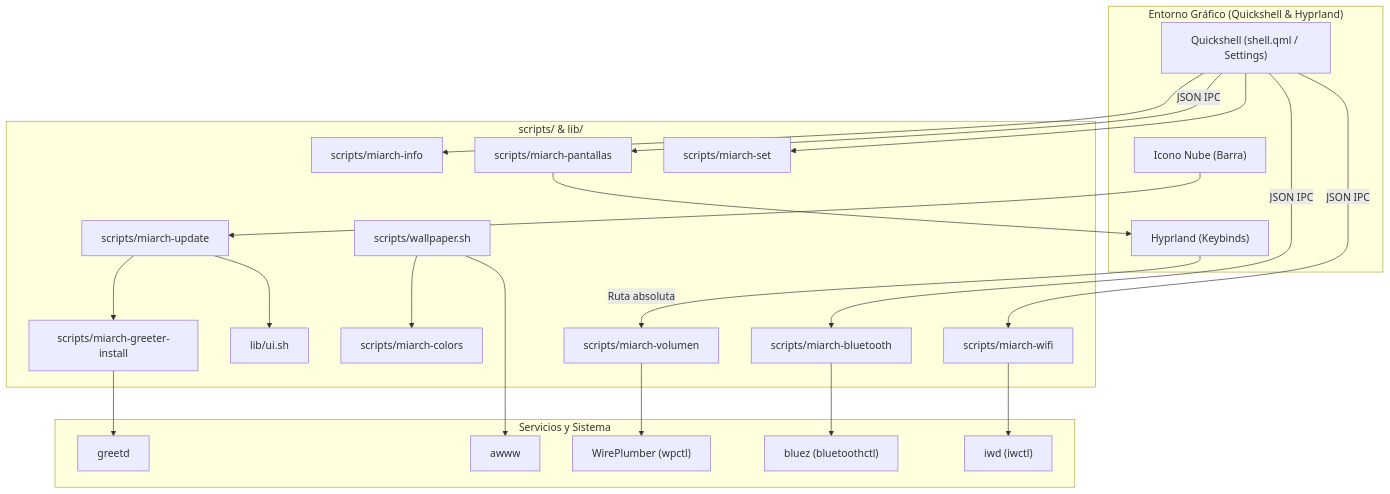
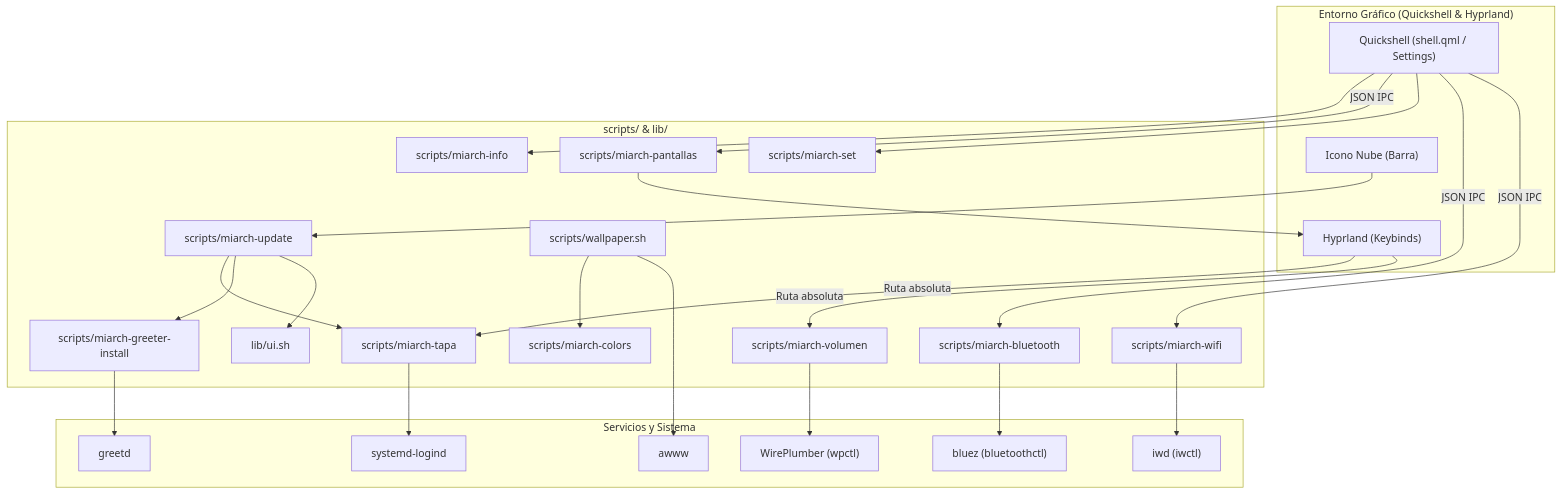
Before and after one commit to alejandro-xoxo/Miarch: the diagram in docs/scripts.md, drawn with Mermaid. The commit also changed other lines of this file and 4 other files, not shown here.

Commit message:
docs: document laptop lid behavior and miarch-tapa script

````diff
--- a/docs/scripts.md
+++ b/docs/scripts.md
@@ -5,47 +5,52 @@
 ```mermaid
 flowchart TD
     subgraph UI_Shell["Entorno Gráfico (Quickshell & Hyprland)"]
         QS["Quickshell (shell.qml / Settings)"]
         HL["Hyprland (Keybinds)"]
         Bar["Icono Nube (Barra)"]
     end
 
     subgraph Scripts["scripts/ & lib/"]
         UI["lib/ui.sh"]
         UPD["scripts/miarch-update"]
         VOL["scripts/miarch-volumen"]
         WIFI["scripts/miarch-wifi"]
         BT["scripts/miarch-bluetooth"]
         SET["scripts/miarch-set"]
         PAN["scripts/miarch-pantallas"]
         COL["scripts/miarch-colors"]
         WALL["scripts/wallpaper.sh"]
         INFO["scripts/miarch-info"]
         GREET["scripts/miarch-greeter-install"]
+        TAPA["scripts/miarch-tapa"]
     end
 
     subgraph System["Servicios y Sistema"]
         WP["WirePlumber (wpctl)"]
         IWD["iwd (iwctl)"]
         BLUEZ["bluez (bluetoothctl)"]
         GREETD["greetd"]
         AWWW["awww"]
+        LOGIND["systemd-logind"]
     end
 
     HL -->|Ruta absoluta| VOL
+    HL -->|Ruta absoluta| TAPA
     VOL --> WP
     QS -->|JSON IPC| WIFI
     WIFI --> IWD
     QS -->|JSON IPC| BT
     BT --> BLUEZ
     QS --> SET
     QS -->|JSON IPC| PAN
     PAN --> HL
     QS --> INFO
     Bar --> UPD
     WALL --> AWWW
     WALL --> COL
     UPD --> UI
     UPD --> GREET
+    UPD --> TAPA
     GREET --> GREETD
+    TAPA --> LOGIND
 ```
````
